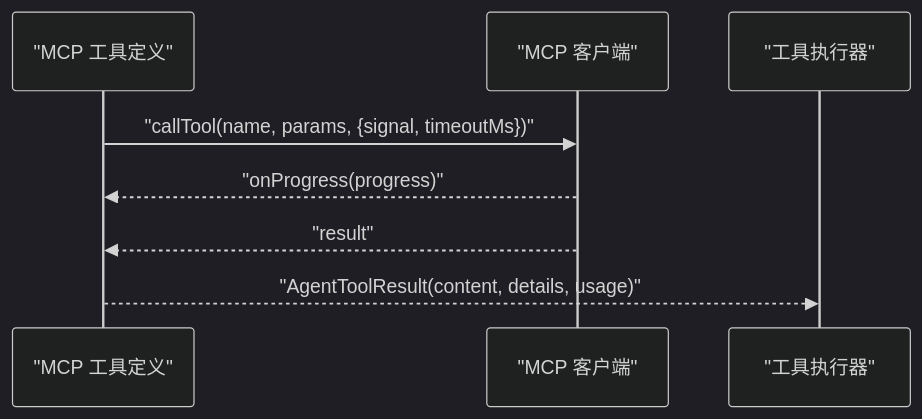
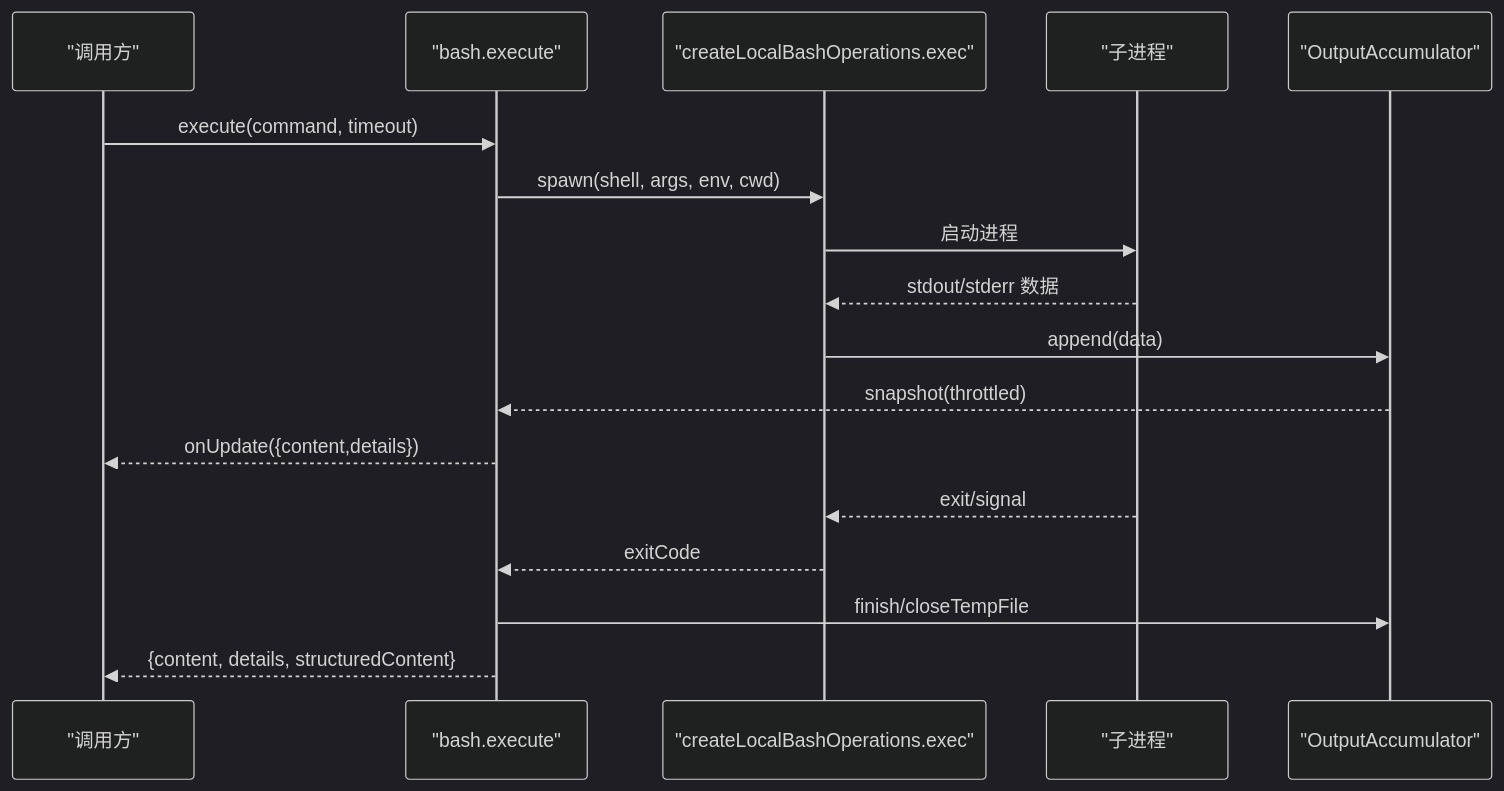
One commit to FDE-GROUP/oh-my-coding-agent changed the fourth of 6 diagrams in .qoder/repowiki/zh/content/工具系统/工具系统.md. Above: the diagram before and after it, drawn with Mermaid (dark theme). The commit also changed other lines of this file and 755 other files, not shown here.

````diff
--- a/.qoder/repowiki/zh/content/工具系统/工具系统.md
+++ b/.qoder/repowiki/zh/content/工具系统/工具系统.md
@@ -237,10 +202,19 @@
 ```mermaid
 sequenceDiagram
-participant Def as "MCP 工具定义"
-participant Client as "MCP 客户端"
-participant Runner as "工具执行器"
-Def->>Client : "callTool(name, params, {signal, timeoutMs})"
-Client-->>Def : "onProgress(progress)"
-Client-->>Def : "result"
-Def-->>Runner : "AgentToolResult(content, details, usage)"
+participant Client as "调用方"
+participant Bash as "bash.execute"
+participant Ops as "createLocalBashOperations.exec"
+participant Proc as "子进程"
+participant Acc as "OutputAccumulator"
+Client->>Bash : execute(command, timeout)
+Bash->>Ops : spawn(shell, args, env, cwd)
+Ops->>Proc : 启动进程
+Proc-->>Ops : stdout/stderr 数据
+Ops->>Acc : append(data)
+Acc-->>Bash : snapshot(throttled)
+Bash-->>Client : onUpdate({content,details})
+Proc-->>Ops : exit/signal
+Ops-->>Bash : exitCode
+Bash->>Acc : finish/closeTempFile
+Bash-->>Client : {content, details, structuredContent}
 ```
````
